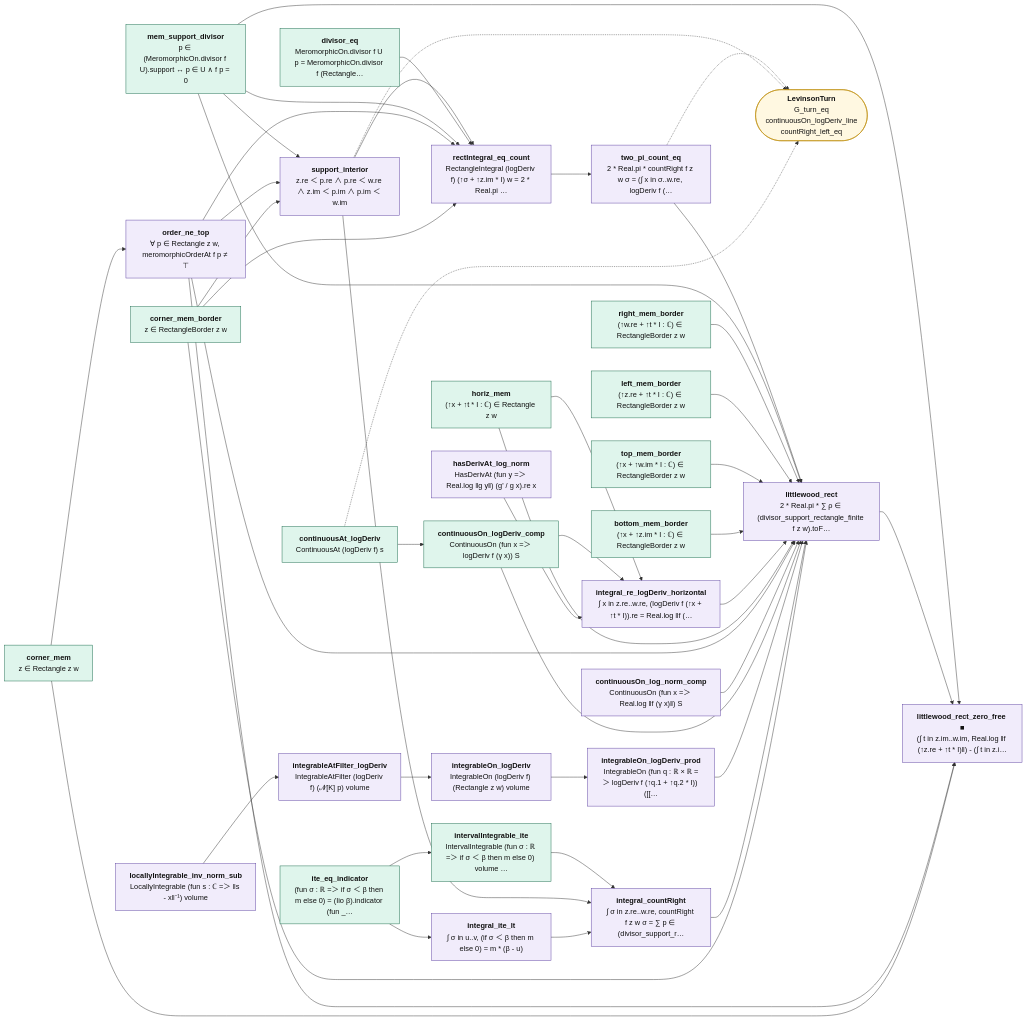
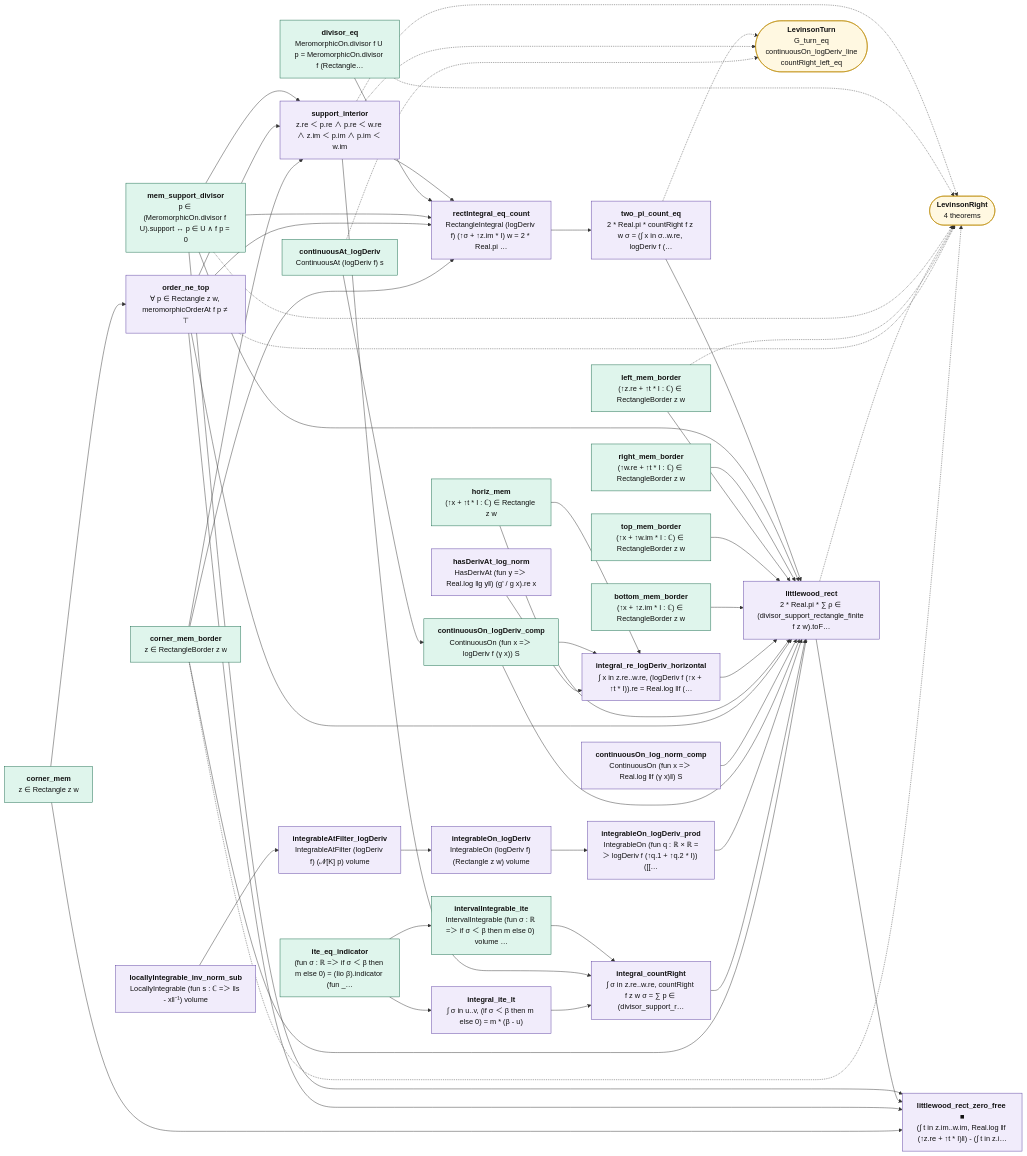
One commit to juliansambranojr/Primebeat_081426 changed the diagram in map/lean_stage3/Littlewood.mmd. Above: the diagram before and after it, drawn with Mermaid. The commit also changed 14 other files, not shown here.

```diff
--- a/map/lean_stage3/Littlewood.mmd
+++ b/map/lean_stage3/Littlewood.mmd
@@ -1,81 +1,89 @@
 flowchart LR
   n0["<b>corner_mem</b><br/>z ∈ Rectangle z w"]:::cnt
   n1["<b>corner_mem_border</b><br/>z ∈ RectangleBorder z w"]:::cnt
   n2["<b>order_ne_top</b><br/>∀ p ∈ Rectangle z w, meromorphicOrderAt f p ≠ ⊤"]:::shp
   n3["<b>mem_support_divisor</b><br/>p ∈ (MeromorphicOn.divisor f U).support ↔ p ∈ U ∧ f p = 0"]:::cnt
   n4["<b>divisor_eq</b><br/>MeromorphicOn.divisor f U p = MeromorphicOn.divisor f (Rectangle…"]:::cnt
   n5["<b>support_interior</b><br/>z.re ＜ p.re ∧ p.re ＜ w.re ∧ z.im ＜ p.im ∧ p.im ＜ w.im"]:::shp
   n6["<b>rectIntegral_eq_count</b><br/>RectangleIntegral (logDeriv f) (↑σ + ↑z.im * I) w = 2 * Real.pi …"]:::shp
   n7["<b>two_pi_count_eq</b><br/>2 * Real.pi * countRight f z w σ = (∫ x in σ..w.re, logDeriv f (…"]:::shp
   n8["<b>ite_eq_indicator</b><br/>(fun σ : ℝ =＞ if σ ＜ β then m else 0) = (Iio β).indicator (fun _…"]:::cnt
   n9["<b>intervalIntegrable_ite</b><br/>IntervalIntegrable (fun σ : ℝ =＞ if σ ＜ β then m else 0) volume …"]:::cnt
   n10["<b>integral_ite_lt</b><br/>∫ σ in u..v, (if σ ＜ β then m else 0) = m * (β - u)"]:::shp
   n11["<b>integral_countRight</b><br/>∫ σ in z.re..w.re, countRight f z w σ = ∑ p ∈ (divisor_support_r…"]:::shp
   n12["<b>locallyIntegrable_inv_norm_sub</b><br/>LocallyIntegrable (fun s : ℂ =＞ ‖s - x‖⁻¹) volume"]:::shp
   n13["<b>integrableAtFilter_logDeriv</b><br/>IntegrableAtFilter (logDeriv f) (𝓝[K] p) volume"]:::shp
   n14["<b>integrableOn_logDeriv</b><br/>IntegrableOn (logDeriv f) (Rectangle z w) volume"]:::shp
   n15["<b>integrableOn_logDeriv_prod</b><br/>IntegrableOn (fun q : ℝ × ℝ =＞ logDeriv f (↑q.1 + ↑q.2 * I)) ([[…"]:::shp
   n16["<b>hasDerivAt_log_norm</b><br/>HasDerivAt (fun y =＞ Real.log ‖g y‖) (g' / g x).re x"]:::shp
   n17["<b>continuousAt_logDeriv</b><br/>ContinuousAt (logDeriv f) s"]:::cnt
   n18["<b>continuousOn_logDeriv_comp</b><br/>ContinuousOn (fun x =＞ logDeriv f (γ x)) S"]:::cnt
   n19["<b>continuousOn_log_norm_comp</b><br/>ContinuousOn (fun x =＞ Real.log ‖f (γ x)‖) S"]:::shp
   n20["<b>horiz_mem</b><br/>(↑x + ↑t * I : ℂ) ∈ Rectangle z w"]:::cnt
   n21["<b>integral_re_logDeriv_horizontal</b><br/>∫ x in z.re..w.re, (logDeriv f (↑x + ↑t * I)).re = Real.log ‖f (…"]:::shp
   n22["<b>bottom_mem_border</b><br/>(↑x + ↑z.im * I : ℂ) ∈ RectangleBorder z w"]:::cnt
   n23["<b>top_mem_border</b><br/>(↑x + ↑w.im * I : ℂ) ∈ RectangleBorder z w"]:::cnt
   n24["<b>left_mem_border</b><br/>(↑z.re + ↑t * I : ℂ) ∈ RectangleBorder z w"]:::cnt
   n25["<b>right_mem_border</b><br/>(↑w.re + ↑t * I : ℂ) ∈ RectangleBorder z w"]:::cnt
   n26["<b>littlewood_rect</b><br/>2 * Real.pi * ∑ ρ ∈ (divisor_support_rectangle_finite f z w).toF…"]:::shp
   n27["<b>littlewood_rect_zero_free ■</b><br/>(∫ t in z.im..w.im, Real.log ‖f (↑z.re + ↑t * I)‖) - (∫ t in z.i…"]:::shp
-  x0(["<b>LevinsonTurn</b><br/>G_turn_eq<br/>continuousOn_logDeriv_line<br/>countRight_left_eq"]):::ext
+  x0(["<b>LevinsonRight</b><br/>4 theorems"]):::ext
+  x1(["<b>LevinsonTurn</b><br/>G_turn_eq<br/>continuousOn_logDeriv_line<br/>countRight_left_eq"]):::ext
   n0 --> n2
   n0 --> n27
   n1 --> n26
   n1 --> n5
   n1 --> n6
   n10 --> n11
   n11 --> n26
   n12 --> n13
   n13 --> n14
   n14 --> n15
   n15 --> n26
   n16 --> n21
   n17 --> n18
   n18 --> n21
   n18 --> n26
   n19 --> n26
   n2 --> n26
   n2 --> n27
   n2 --> n5
   n2 --> n6
   n20 --> n21
   n20 --> n26
   n21 --> n26
   n22 --> n26
   n23 --> n26
   n24 --> n26
   n25 --> n26
   n26 --> n27
   n3 --> n26
   n3 --> n27
   n3 --> n5
   n3 --> n6
   n4 --> n6
   n5 --> n11
   n5 --> n6
   n6 --> n7
   n7 --> n26
   n8 --> n10
   n8 --> n9
   n9 --> n11
-  n17 -.-> x0
+  n1 -.-> x0
+  n17 -.-> x1
+  n2 -.-> x0
+  n24 -.-> x0
+  n26 -.-> x0
+  n3 -.-> x0
+  n4 -.-> x0
   n5 -.-> x0
-  n7 -.-> x0
+  n5 -.-> x1
+  n7 -.-> x1
   classDef cnt fill:#dff5ec,stroke:#17694a,color:#111
   classDef shp fill:#f1ecfb,stroke:#5b3fa0,color:#111
   classDef rh fill:#ffe5e5,stroke:#c22,color:#111,stroke-width:2px
   classDef thm fill:#eef4ff,stroke:#335,color:#111
   classDef end_ fill:#e7f7e7,stroke:#2a7,color:#111,stroke-width:2px
   classDef lone fill:#fff,stroke:#999,color:#111,stroke-dasharray:4 3
   classDef bad fill:#ffe5e5,stroke:#c22,color:#111,stroke-width:2px
   classDef ext fill:#fff8e1,stroke:#b80,color:#111
```
